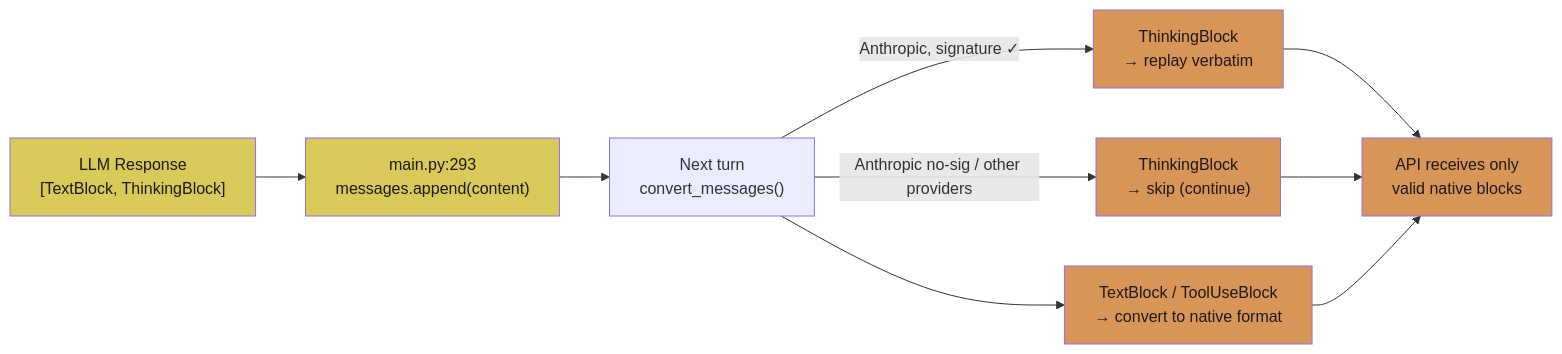
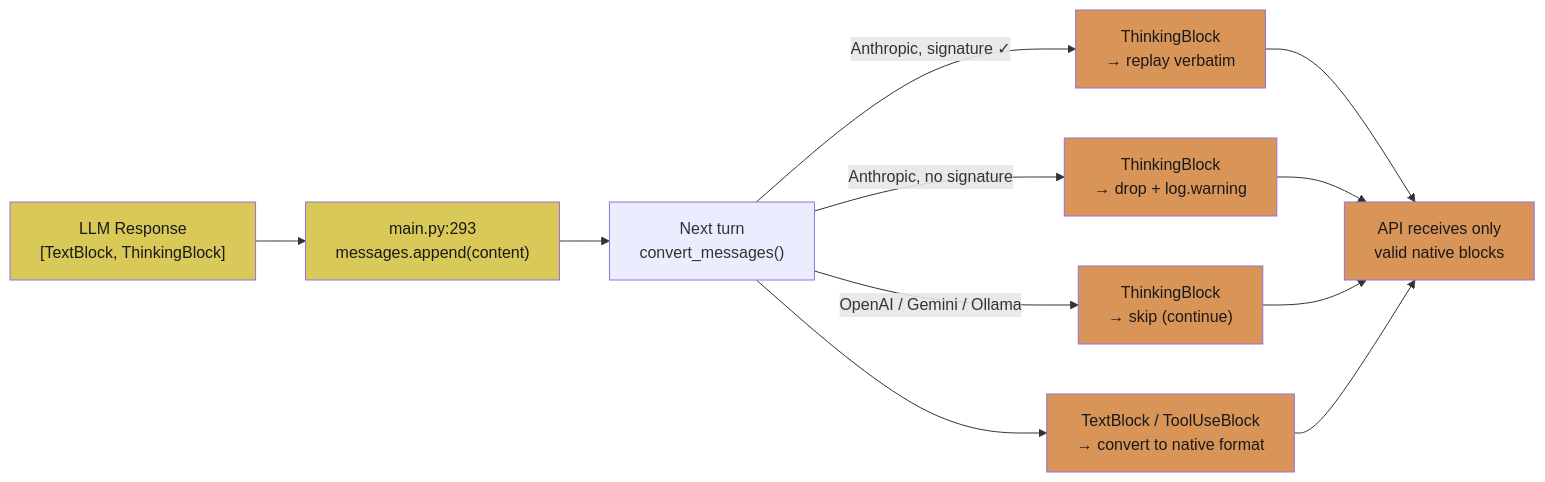
Diagram 22 of 25 in README.md (JosephOIbrahim/Comfy-Cozy), drawn with Mermaid before and after one commit. The commit also changed other lines of this file and 1 other file, not shown here.

Commit message:
[DOCS] Reflect Action 2 closure: signature-less warning + clamp validation
Updates the Cycle-20/Opus 4.7 evolution paragraph and mermaid in the
README's LLM Provider Hardening section, plus the THINKING_BUDGET row
in the Configuration table, to reflect the behavior landed in 3261318:

- Signature-less ThinkingBlock drops now emit a WARNING log
  (previously the README described them as a "future cleanup" item).
- The clamp formula raises ValueError early when thinking_budget>0
  and max_tokens<=1024, preventing the API 400 the previous formula
  would have triggered.

Cycle-20 mermaid bifurcates the prior "Anthropic no-sig / other
providers -> skip" branch into two: Anthropic-with-no-signature now
maps to "drop + log.warning"; OpenAI/Gemini/Ollama keep the silent
skip behavior (correct for those providers).

CHANGELOG.md gains a Fixed entry under [Unreleased] naming the
WARNING upgrade and the new _build_thinking_kwarg helper.

No code changes — this is the doc sync that complements 3261318.

````diff
--- a/README.md
+++ b/README.md
@@ -956,18 +956,21 @@
 ```mermaid
 graph LR
     LLM["LLM Response<br/>[TextBlock, ThinkingBlock]"] --> Store["main.py:293<br/>messages.append(content)"]
     Store --> NextTurn["Next turn<br/>convert_messages()"]
     NextTurn -->|"Anthropic, signature ✓"| Replay["ThinkingBlock<br/>→ replay verbatim"]
-    NextTurn -->|"Anthropic no-sig / other providers"| Skip["ThinkingBlock<br/>→ skip (continue)"]
+    NextTurn -->|"Anthropic, no signature"| WarnDrop["ThinkingBlock<br/>→ drop + log.warning"]
+    NextTurn -->|"OpenAI / Gemini / Ollama"| Skip["ThinkingBlock<br/>→ skip (continue)"]
     NextTurn --> Keep["TextBlock / ToolUseBlock<br/>→ convert to native format"]
     Replay --> Safe
+    WarnDrop --> Safe
     Skip --> Safe["API receives only<br/>valid native blocks"]
     Keep --> Safe
 
     style LLM fill:#d9c958,color:#1a1a1a
     style Store fill:#d9c958,color:#1a1a1a
     style Replay fill:#d99458,color:#1a1a1a
+    style WarnDrop fill:#d99458,color:#1a1a1a
     style Skip fill:#d99458,color:#1a1a1a
     style Keep fill:#d99458,color:#1a1a1a
     style Safe fill:#d99458,color:#1a1a1a
 ```
````
